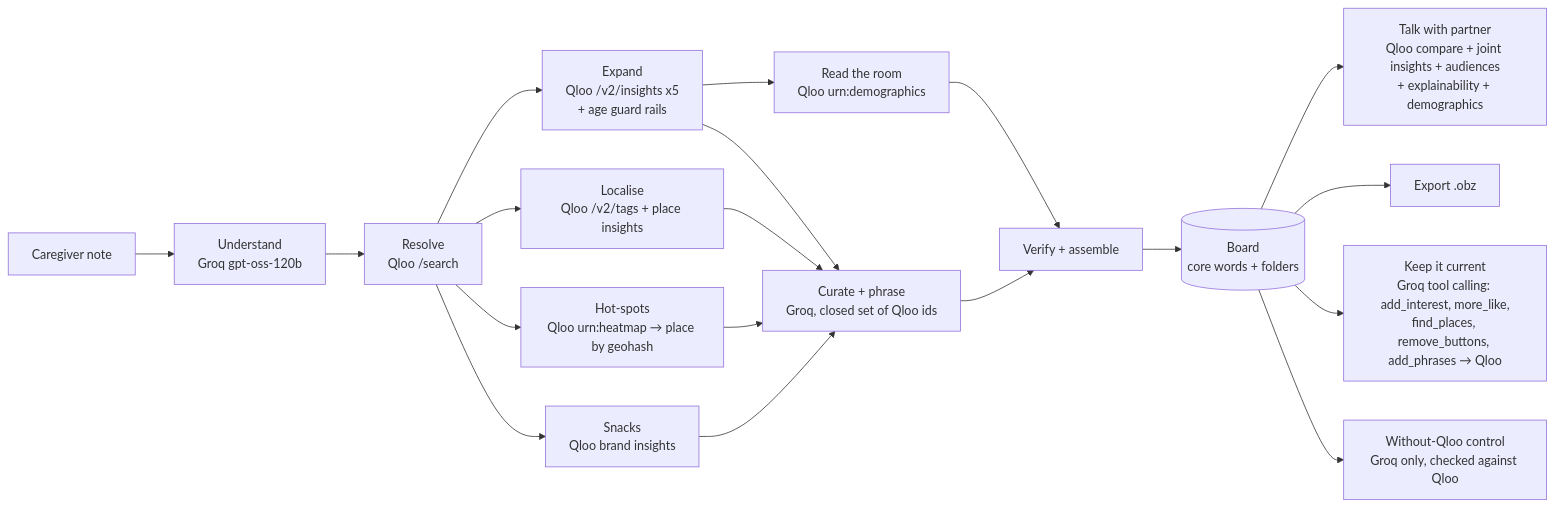
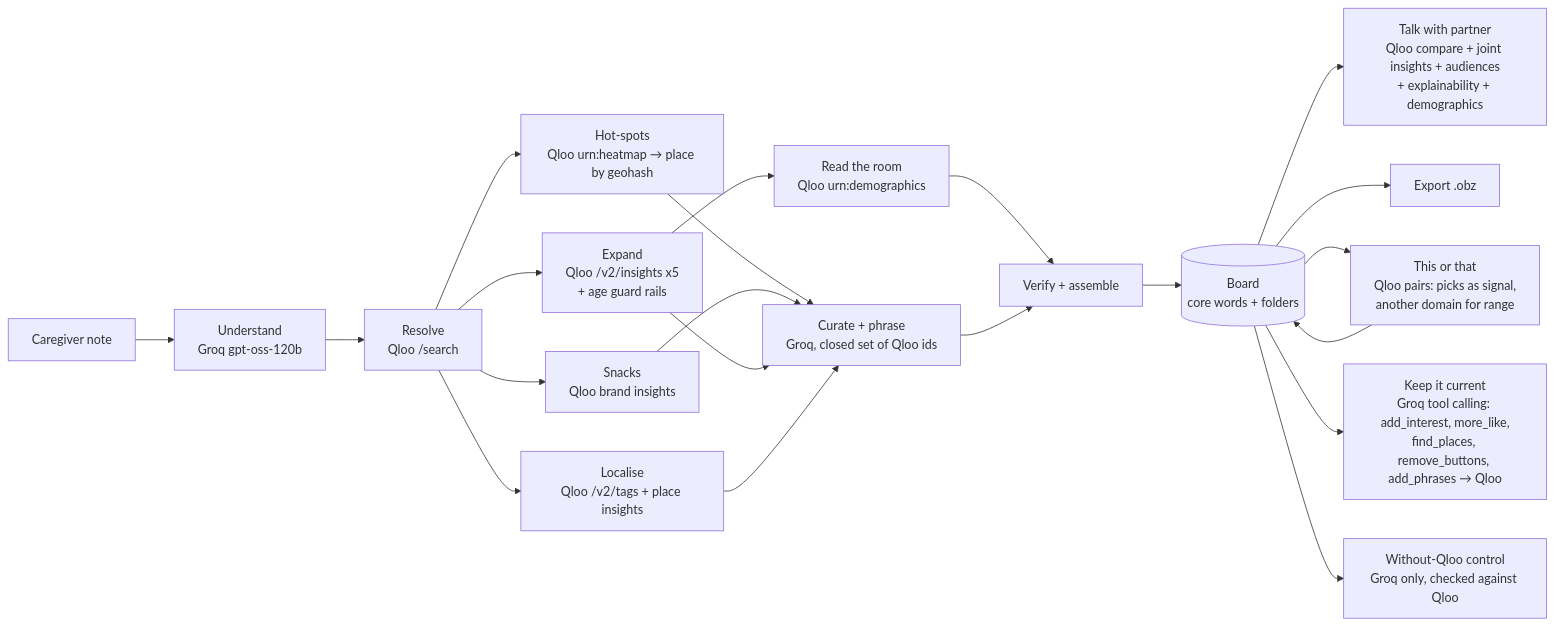
One commit to Arnav020/fringe changed the diagram in README.md. Above: the diagram before and after it, drawn with Mermaid. The commit also changed other lines of this file and 9 other files, not shown here.

````diff
--- a/README.md
+++ b/README.md
@@ -67,21 +67,23 @@
 ```mermaid
 flowchart LR
   A[Caregiver note] --> U[Understand<br/>Groq gpt-oss-120b]
   U --> R[Resolve<br/>Qloo /search]
   R --> E[Expand<br/>Qloo /v2/insights x5<br/>+ age guard rails]
   R --> L[Localise<br/>Qloo /v2/tags + place insights]
   R --> H[Hot-spots<br/>Qloo urn:heatmap → place by geohash]
   R --> S[Snacks<br/>Qloo brand insights]
   E --> D[Read the room<br/>Qloo urn:demographics]
   H --> C
   S --> C
   E --> C[Curate + phrase<br/>Groq, closed set of Qloo ids]
   L --> C
   D --> V[Verify + assemble]
   C --> V
   V --> B[(Board<br/>core words + folders)]
   B --> P[Talk with partner<br/>Qloo compare + joint insights + audiences<br/>+ explainability + demographics]
   B --> X[Export .obz]
+  B --> T[This or that<br/>Qloo pairs: picks as signal,<br/>another domain for range]
+  T --> B
   B --> K[Keep it current<br/>Groq tool calling: add_interest, more_like,<br/>find_places, remove_buttons, add_phrases → Qloo]
   B --> N[Without-Qloo control<br/>Groq only, checked against Qloo]
 ```
````
